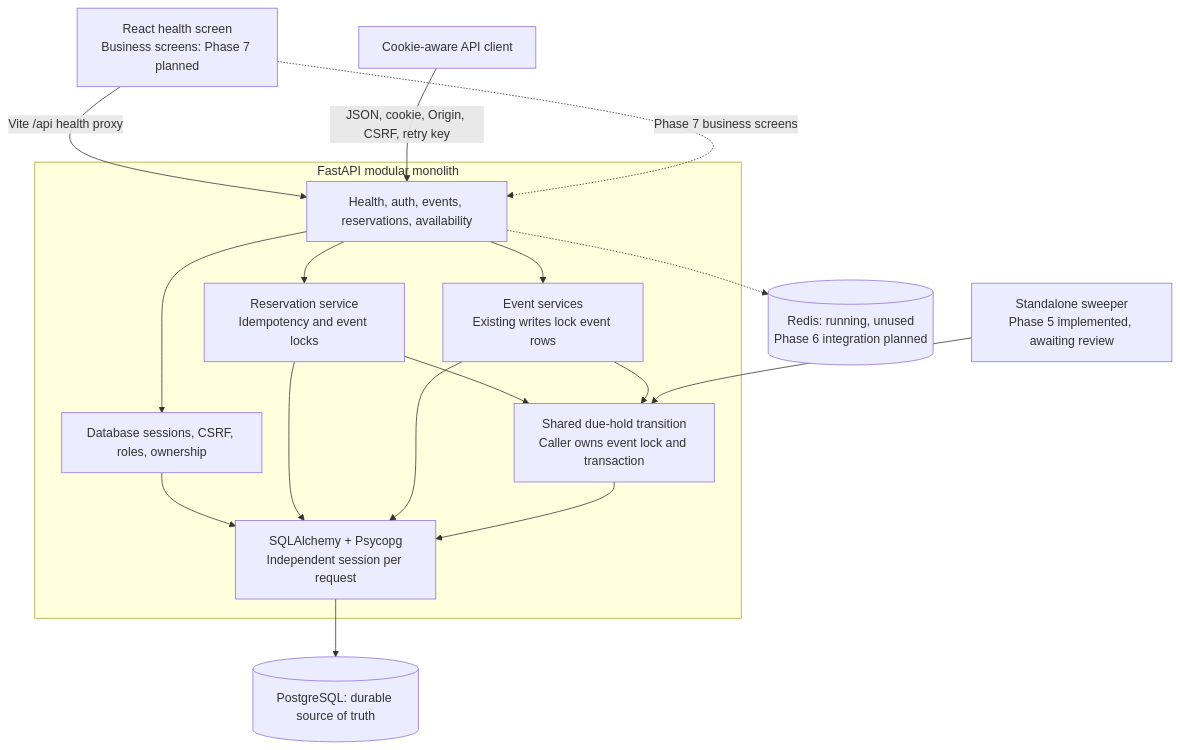
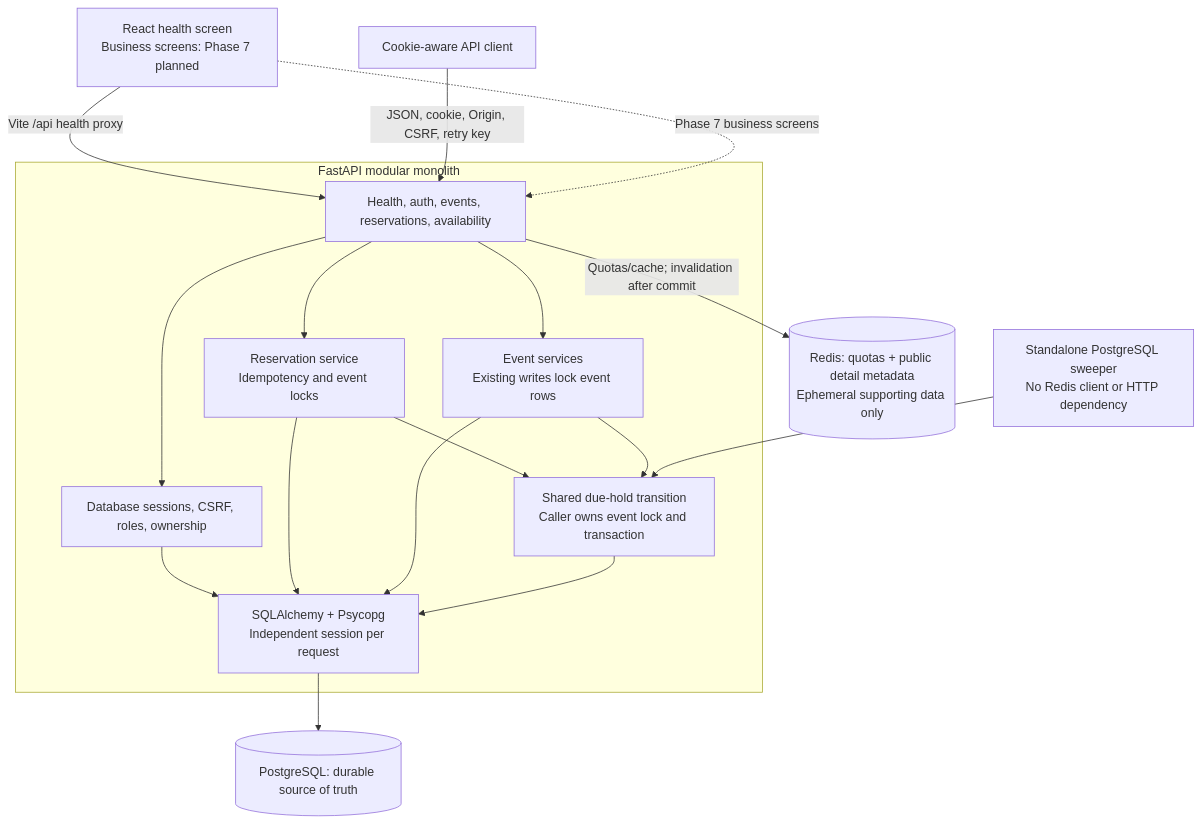
The first of 4 diagrams in docs/architecture.md (ShreyasKowshal/Concurrency-Safe-Reservation-System), drawn with Mermaid before and after one commit. The commit also changed other lines of this file and 31 other files, not shown here.

````diff
--- a/docs/architecture.md
+++ b/docs/architecture.md
@@ -94,31 +102,31 @@
 ```mermaid
 flowchart TB
     Web["React health screen<br/>Business screens: Phase 7 planned"]
     Client["Cookie-aware API client"]
     subgraph Backend["FastAPI modular monolith"]
         Api["Health, auth, events, reservations, availability"]
         Auth["Database sessions, CSRF, roles, ownership"]
         Events["Event services<br/>Existing writes lock event rows"]
         Booking["Reservation service<br/>Idempotency and event locks"]
         Cleanup["Shared due-hold transition<br/>Caller owns event lock and transaction"]
         Orm["SQLAlchemy + Psycopg<br/>Independent session per request"]
         Api --> Auth
         Api --> Events
         Api --> Booking
         Booking --> Cleanup
         Events --> Cleanup
         Auth --> Orm
         Booking --> Orm
         Events --> Orm
         Cleanup --> Orm
     end
     Pg[("PostgreSQL: durable source of truth")]
-    Redis[("Redis: running, unused<br/>Phase 6 integration planned")]
-    Worker["Standalone sweeper<br/>Phase 5 implemented, awaiting review"]
+    Redis[("Redis: quotas + public detail metadata<br/>Ephemeral supporting data only")]
+    Worker["Standalone PostgreSQL sweeper<br/>No Redis client or HTTP dependency"]
     Web -->|"Vite /api health proxy"| Api
     Client -->|"JSON, cookie, Origin, CSRF, retry key"| Api
     Web -.->|"Phase 7 business screens"| Api
     Orm --> Pg
-    Api -.-> Redis
+    Api -->|"Quotas/cache; invalidation after commit"| Redis
     Worker --> Cleanup
 ```
````
